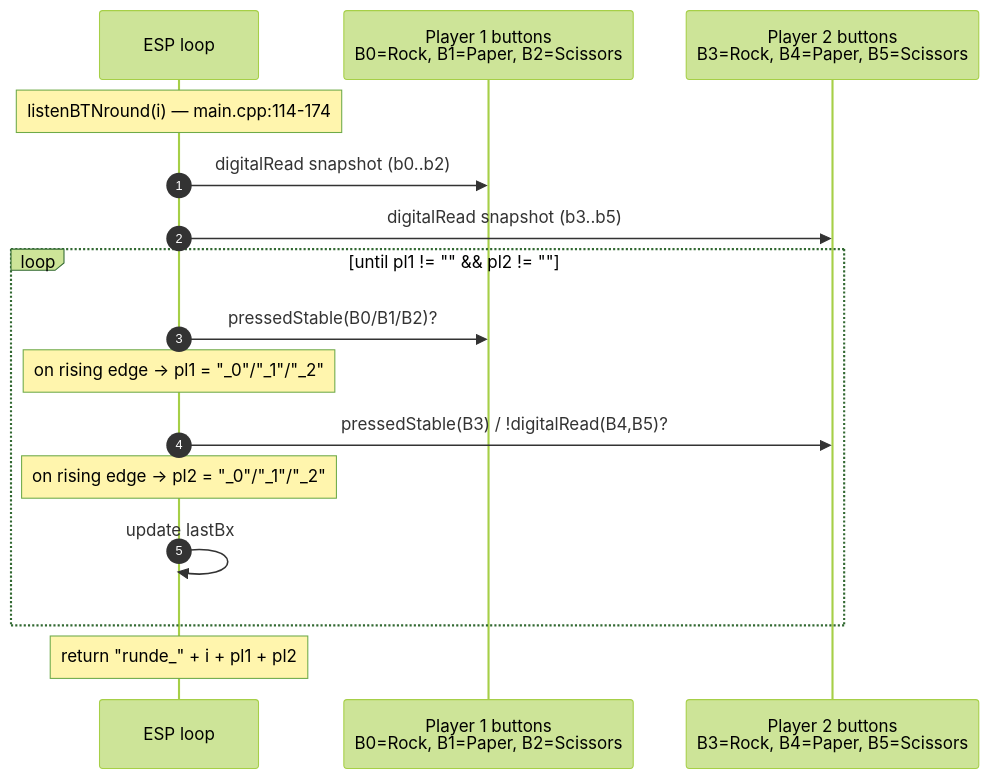
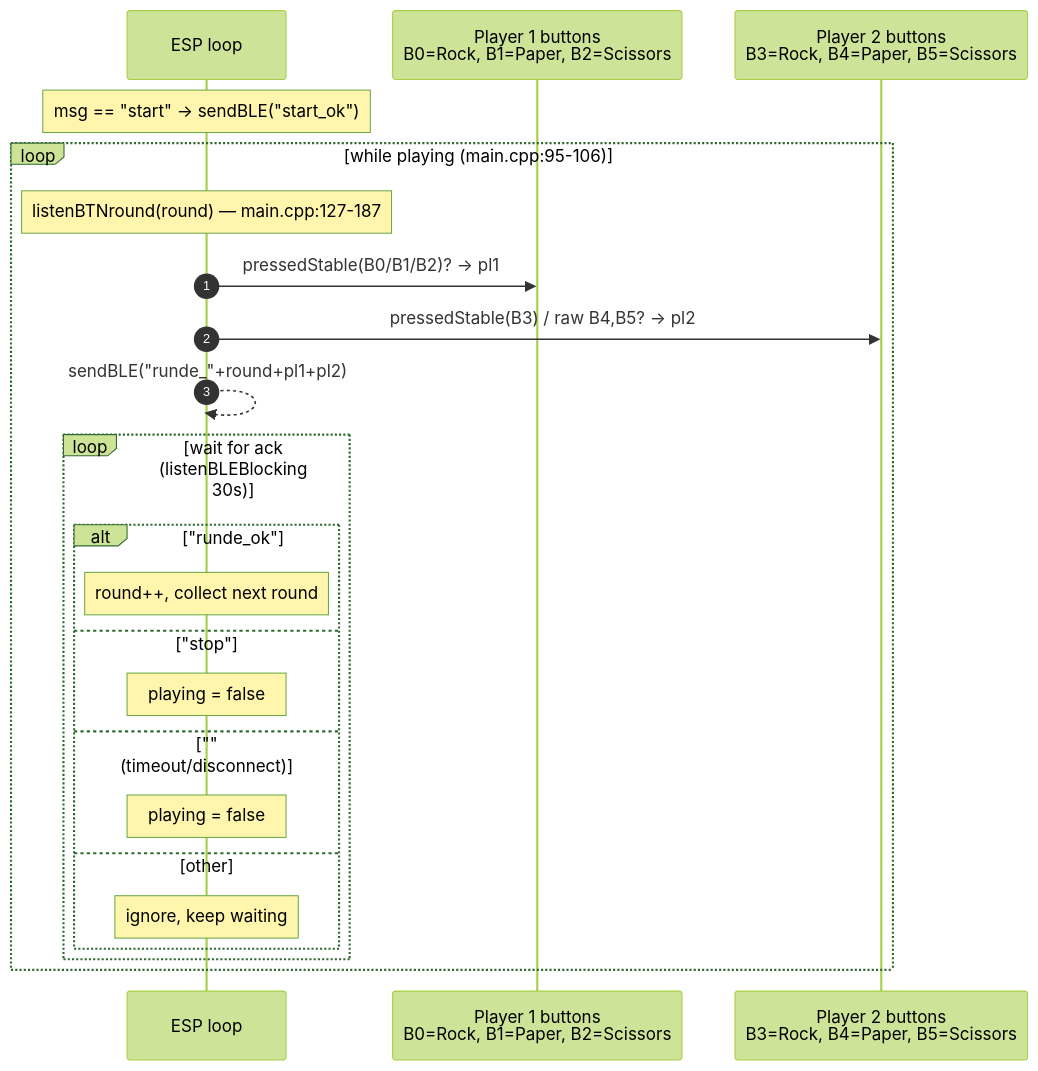
The third of 4 diagrams in docs/esp32-c3/sequence-diagrams.md (Hubert005/IoT_Projekt), drawn with Mermaid (forest theme) before and after one commit. The commit also changed other lines of this file and 19 other files, not shown here.

````diff
--- a/docs/esp32-c3/sequence-diagrams.md
+++ b/docs/esp32-c3/sequence-diagrams.md
@@ -47,18 +48,25 @@
 ```mermaid
 sequenceDiagram
     autonumber
     participant ESP as ESP loop
     participant P1 as Player 1 buttons<br/>B0=Rock, B1=Paper, B2=Scissors
     participant P2 as Player 2 buttons<br/>B3=Rock, B4=Paper, B5=Scissors
-    Note over ESP: listenBTNround(i) — main.cpp:114-174
-    ESP->>P1: digitalRead snapshot (b0..b2)
-    ESP->>P2: digitalRead snapshot (b3..b5)
-    loop until pl1 != "" && pl2 != ""
-        ESP->>P1: pressedStable(B0/B1/B2)?
-        Note over ESP: on rising edge → pl1 = "_0"/"_1"/"_2"
-        ESP->>P2: pressedStable(B3) / !digitalRead(B4,B5)?
-        Note over ESP: on rising edge → pl2 = "_0"/"_1"/"_2"
-        ESP->>ESP: update lastBx
+    Note over ESP: msg == "start" → sendBLE("start_ok")
+    loop while playing (main.cpp:95-106)
+        Note over ESP: listenBTNround(round) — main.cpp:127-187
+        ESP->>P1: pressedStable(B0/B1/B2)?  → pl1
+        ESP->>P2: pressedStable(B3) / raw B4,B5? → pl2
+        ESP-->>ESP: sendBLE("runde_"+round+pl1+pl2)
+        loop wait for ack (listenBLEBlocking 30s)
+            alt "runde_ok"
+                Note over ESP: round++, collect next round
+            else "stop"
+                Note over ESP: playing = false
+            else "" (timeout/disconnect)
+                Note over ESP: playing = false
+            else other
+                Note over ESP: ignore, keep waiting
+            end
+        end
     end
-    Note over ESP: return "runde_" + i + pl1 + pl2
 ```
````
